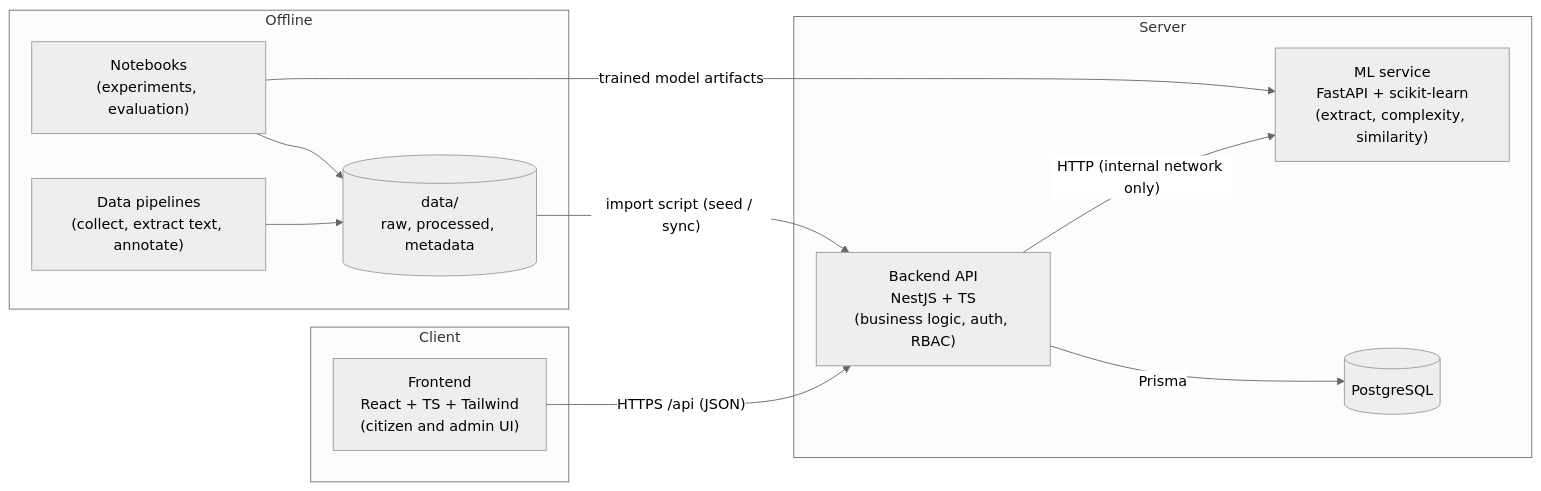
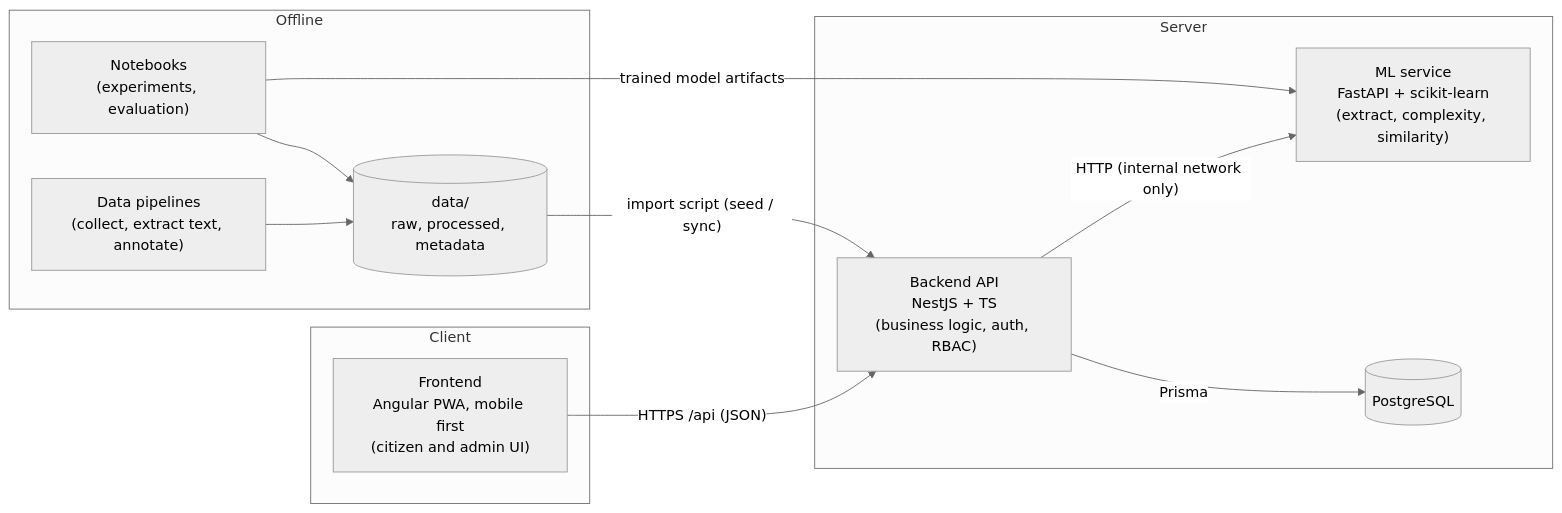
Before and after one commit to Sor-Channorakpitou/ChlatVei: the first of 2 diagrams in docs/architecture/01_system_architecture.md, drawn with Mermaid (neutral theme). The commit also changed 14 other files, not shown here.

Commit message:
docs: switch frontend to an Angular mobile-first PWA (ADR-006) and use screen images as the design reference

````diff
--- a/docs/architecture/01_system_architecture.md
+++ b/docs/architecture/01_system_architecture.md
@@ -5,24 +5,24 @@
 ```mermaid
 flowchart LR
     subgraph Client
-        FE["Frontend<br/>React + TS + Tailwind<br/>(citizen and admin UI)"]
+        FE["Frontend<br/>Angular PWA, mobile first<br/>(citizen and admin UI)"]
     end
     subgraph Server
         API["Backend API<br/>NestJS + TS<br/>(business logic, auth, RBAC)"]
         ML["ML service<br/>FastAPI + scikit-learn<br/>(extract, complexity, similarity)"]
         DB[("PostgreSQL")]
     end
     subgraph Offline
         PIPE["Data pipelines<br/>(collect, extract text, annotate)"]
         NB["Notebooks<br/>(experiments, evaluation)"]
         DATA[("data/<br/>raw, processed, metadata")]
     end
 
     FE -- "HTTPS /api (JSON)" --> API
     API -- Prisma --> DB
     API -- "HTTP (internal network only)" --> ML
     PIPE --> DATA
     NB --> DATA
     DATA -- "import script (seed / sync)" --> API
     NB -- "trained model artifacts" --> ML
 ```
````
